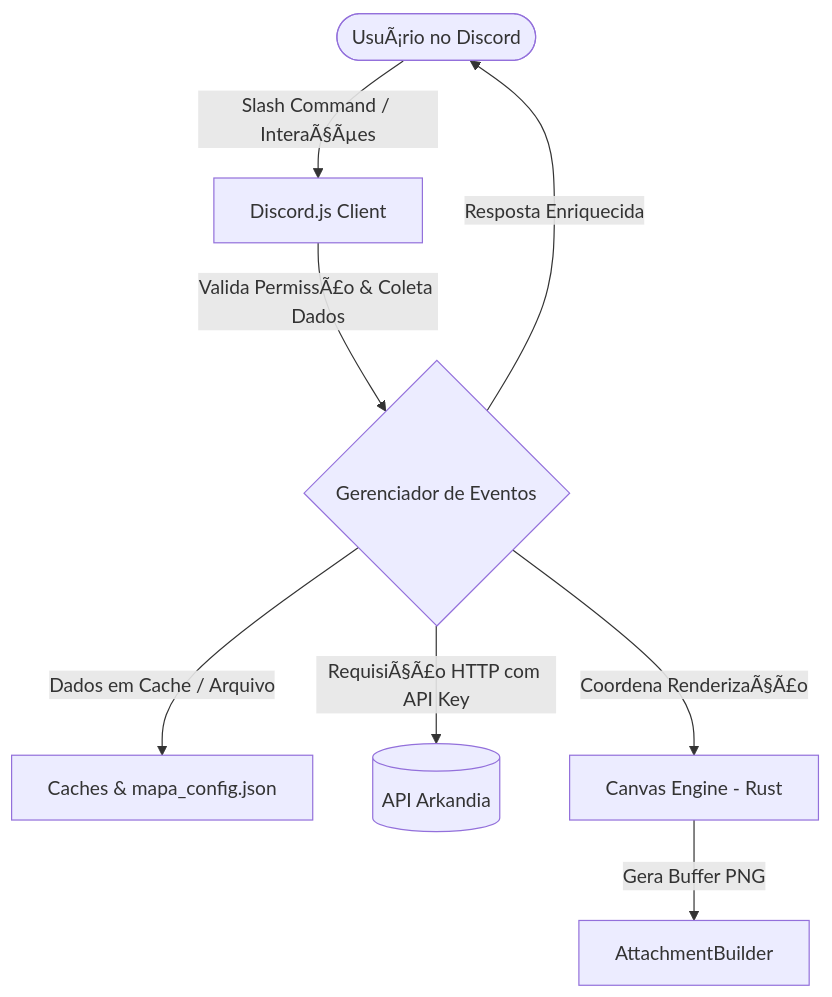
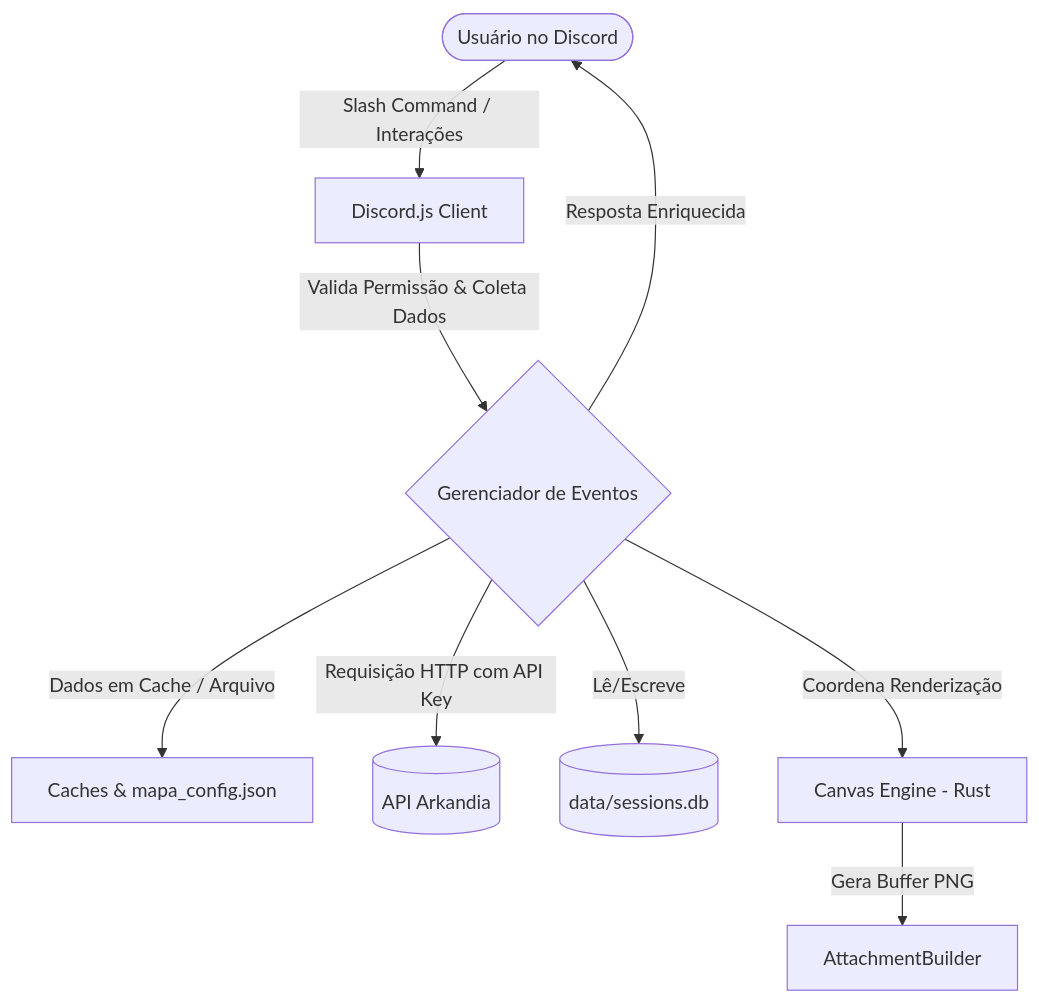
Before and after one commit to Unetus/bot-ernas: the diagram in DEV_DOCUMENTATION.md, drawn with Mermaid. The commit also changed other lines of this file and 2 other files, not shown here.

First line of the commit message:
docs: sincronizar documentacao com as mudancas recentes

````diff
--- a/DEV_DOCUMENTATION.md
+++ b/DEV_DOCUMENTATION.md
@@ -25,13 +33,13 @@
 ```mermaid
 graph TD
-    User([UsuÃ¡rio no Discord]) -->|Slash Command / InteraÃ§Ãµes| Client[Discord.js Client]
-    Client -->|Valida PermissÃ£o & Coleta Dados| Controller{Gerenciador de Eventos}
-    
+    User([Usuário no Discord]) -->|Slash Command / Interações| Client[Discord.js Client]
+    Client -->|Valida Permissão & Coleta Dados| Controller{Gerenciador de Eventos}
+
     Controller -->|Dados em Cache / Arquivo| LocalState[Caches & mapa_config.json]
-    Controller -->|RequisiÃ§Ã£o HTTP com API Key| API[(API Arkandia)]
-    
-    Controller -->|Coordena RenderizaÃ§Ã£o| Canvas[Canvas Engine - Rust]
+    Controller -->|Requisição HTTP com API Key| API[(API Arkandia)]
+    Controller -->|Lê/Escreve| SQLite[(data/sessions.db)]
+    Controller -->|Coordena Renderização| Canvas[Canvas Engine - Rust]
     Canvas -->|Gera Buffer PNG| Attachment[AttachmentBuilder]
-    
+
     Controller -->|Resposta Enriquecida| User
 ```
````
